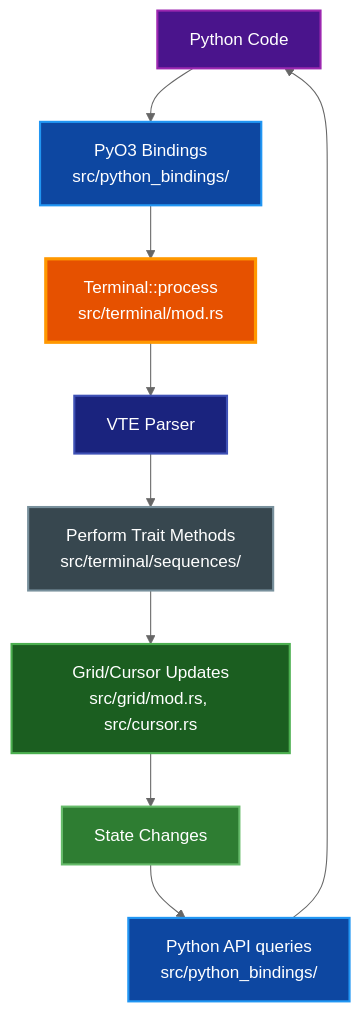
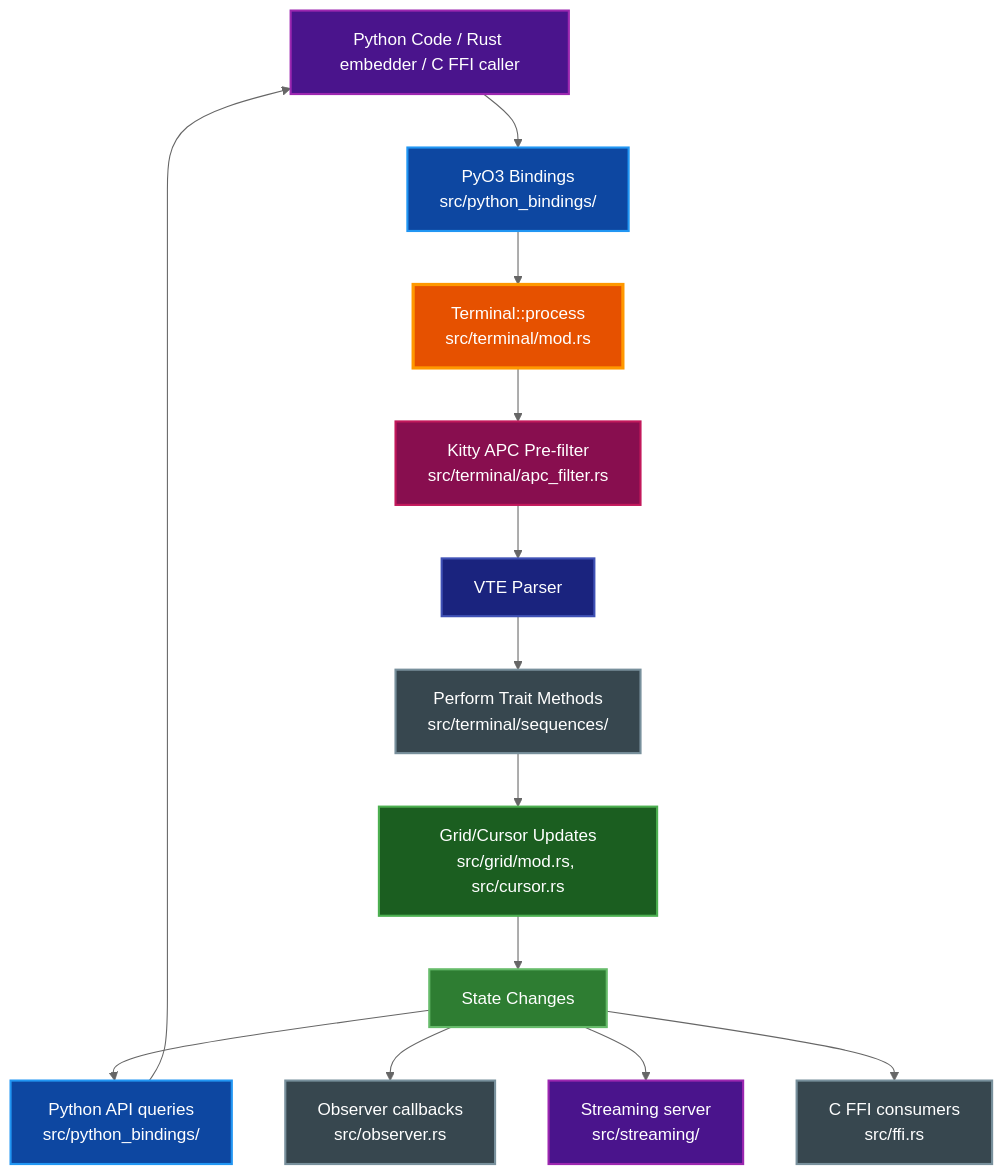
Before and after one commit to paulrobello/par-term-emu-core-rust: the second of 6 diagrams in docs/ARCHITECTURE.md, drawn with Mermaid (neutral theme). The commit also changed other lines of this file and 1 other file, not shown here.

````diff
--- a/docs/ARCHITECTURE.md
+++ b/docs/ARCHITECTURE.md
@@ -431,29 +441,41 @@
 ```mermaid
 graph TD
-    A[Python Code]
+    A[Python Code / Rust embedder / C FFI caller]
     B[PyO3 Bindings<br/>src/python_bindings/]
     C[Terminal::process<br/>src/terminal/mod.rs]
+    K[Kitty APC Pre-filter<br/>src/terminal/apc_filter.rs]
     D[VTE Parser]
     E[Perform Trait Methods<br/>src/terminal/sequences/]
     F[Grid/Cursor Updates<br/>src/grid/mod.rs, src/cursor.rs]
     G[State Changes]
     H[Python API queries<br/>src/python_bindings/]
+    O[Observer callbacks<br/>src/observer.rs]
+    S[Streaming server<br/>src/streaming/]
+    X[C FFI consumers<br/>src/ffi.rs]
 
     A --> B
     B --> C
-    C --> D
+    C --> K
+    K --> D
     D --> E
     E --> F
     F --> G
     G --> H
     H --> A
+    G --> O
+    G --> S
+    G --> X
 
     style A fill:#4a148c,stroke:#9c27b0,stroke-width:2px,color:#ffffff
     style B fill:#0d47a1,stroke:#2196f3,stroke-width:2px,color:#ffffff
     style C fill:#e65100,stroke:#ff9800,stroke-width:3px,color:#ffffff
     style D fill:#1a237e,stroke:#3f51b5,stroke-width:2px,color:#ffffff
     style E fill:#37474f,stroke:#78909c,stroke-width:2px,color:#ffffff
     style F fill:#1b5e20,stroke:#4caf50,stroke-width:2px,color:#ffffff
     style G fill:#2e7d32,stroke:#66bb6a,stroke-width:2px,color:#ffffff
     style H fill:#0d47a1,stroke:#2196f3,stroke-width:2px,color:#ffffff
+    style K fill:#880e4f,stroke:#c2185b,stroke-width:2px,color:#ffffff
+    style O fill:#37474f,stroke:#78909c,stroke-width:2px,color:#ffffff
+    style S fill:#4a148c,stroke:#9c27b0,stroke-width:2px,color:#ffffff
+    style X fill:#37474f,stroke:#78909c,stroke-width:2px,color:#ffffff
 ```
````
